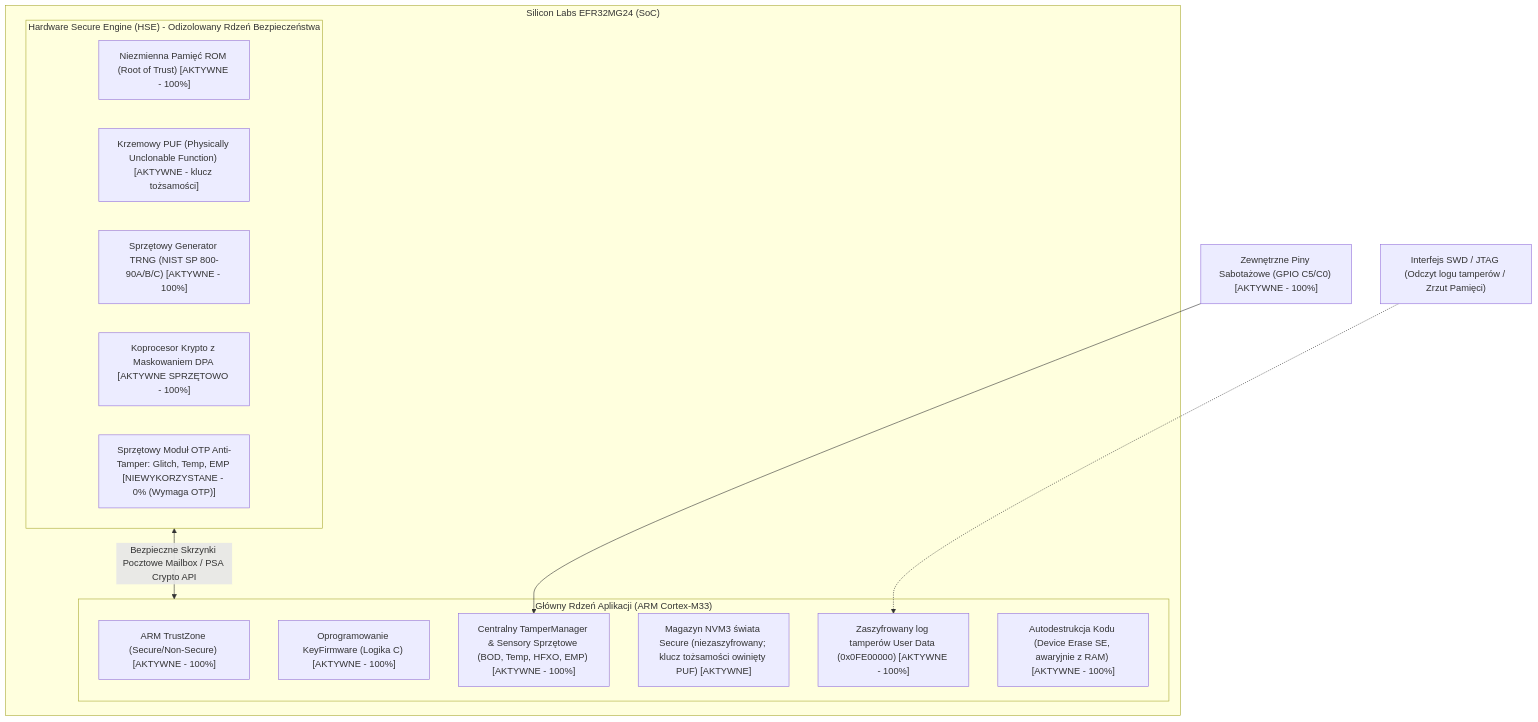
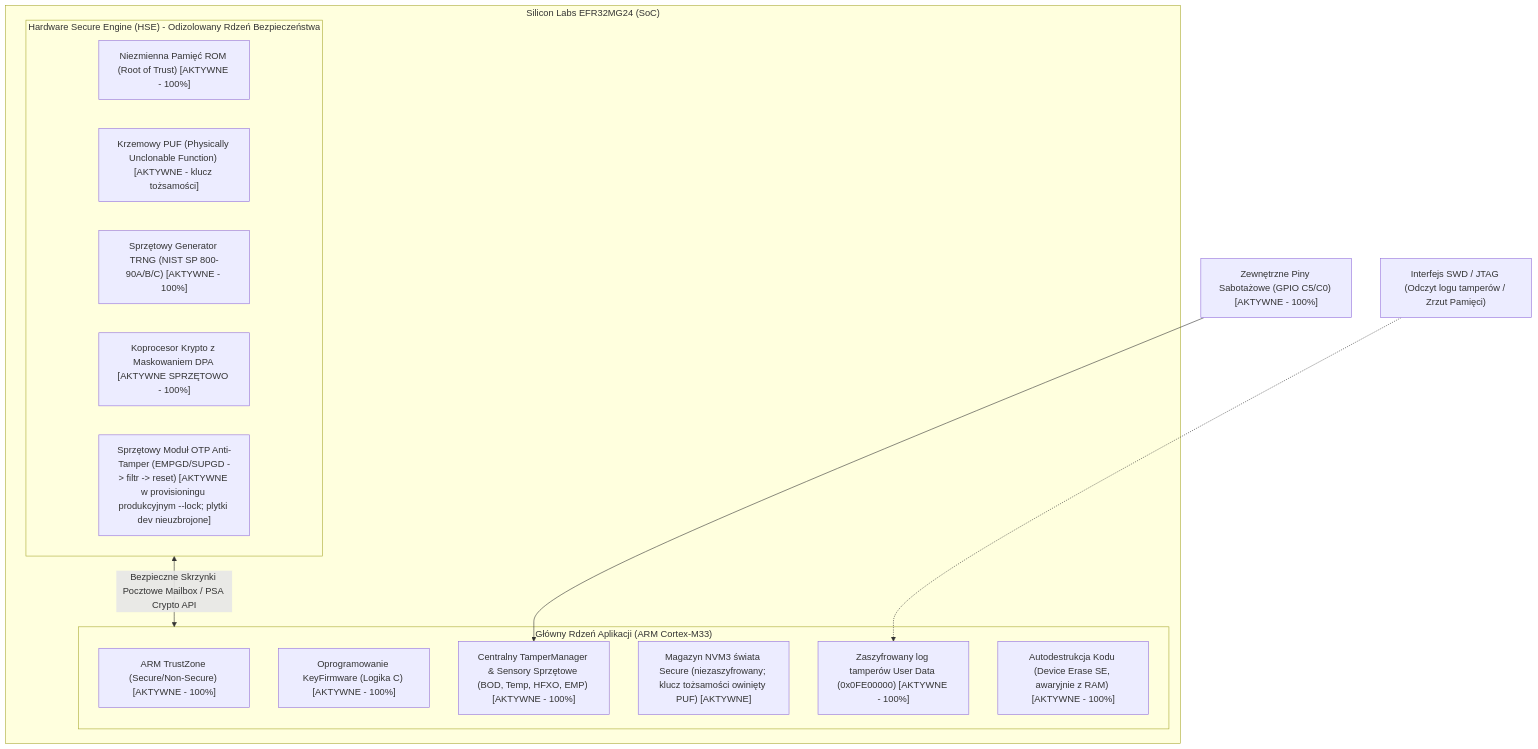
Before and after one commit to michalkkkd/keyadmin: the first of 4 diagrams in docs/security/compass_security_mechanisms.md, drawn with Mermaid. The commit also changed other lines of this file and 10 other files, not shown here.

````diff
--- a/docs/security/compass_security_mechanisms.md
+++ b/docs/security/compass_security_mechanisms.md
@@ -27,26 +27,26 @@
 ```mermaid
 flowchart TD
     subgraph EFR32MG24["Silicon Labs EFR32MG24 (SoC)"]
         subgraph HSE["Hardware Secure Engine (HSE) - Odizolowany Rdzeń Bezpieczeństwa"]
             ROM["Niezmienna Pamięć ROM (Root of Trust) [AKTYWNE - 100%]"]
             PUF["Krzemowy PUF (Physically Unclonable Function) [AKTYWNE - klucz tożsamości]"]
             TRNG["Sprzętowy Generator TRNG (NIST SP 800-90A/B/C) [AKTYWNE - 100%]"]
             DPA["Koprocesor Krypto z Maskowaniem DPA [AKTYWNE SPRZĘTOWO - 100%]"]
-            AT_MOD["Sprzętowy Moduł OTP Anti-Tamper: Glitch, Temp, EMP [NIEWYKORZYSTANE - 0% (Wymaga OTP)]"]
+            AT_MOD["Sprzętowy Moduł OTP Anti-Tamper (EMPGD/SUPGD -> filtr -> reset) [AKTYWNE w provisioningu produkcyjnym --lock; plytki dev nieuzbrojone]"]
         end
 
         subgraph APP_CORE["Główny Rdzeń Aplikacji (ARM Cortex-M33)"]
             TZ["ARM TrustZone (Secure/Non-Secure) [AKTYWNE - 100%]"]
             FW["Oprogramowanie KeyFirmware (Logika C) [AKTYWNE - 100%]"]
             TM["Centralny TamperManager & Sensory Sprzętowe (BOD, Temp, HFXO, EMP) [AKTYWNE - 100%]"]
             NVM3["Magazyn NVM3 świata Secure (niezaszyfrowany; klucz tożsamości owinięty PUF) [AKTYWNE]"]
             BB["Zaszyfrowany log tamperów User Data (0x0FE00000) [AKTYWNE - 100%]"]
             RAM_WIPE["Autodestrukcja Kodu (Device Erase SE, awaryjnie z RAM) [AKTYWNE - 100%]"]
         end
 
         HSE <-->|Bezpieczne Skrzynki Pocztowe Mailbox / PSA Crypto API| APP_CORE
     end
 
     EXT_PINS["Zewnętrzne Piny Sabotażowe (GPIO C5/C0) [AKTYWNE - 100%]"] --> TM
     EXT_DEBUG["Interfejs SWD / JTAG (Odczyt logu tamperów / Zrzut Pamięci)"] -.-> BB
 ```
````
